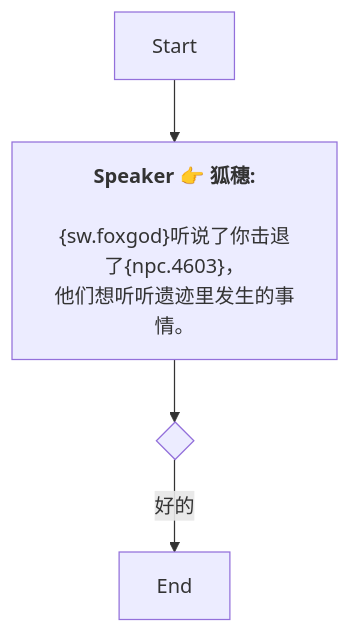
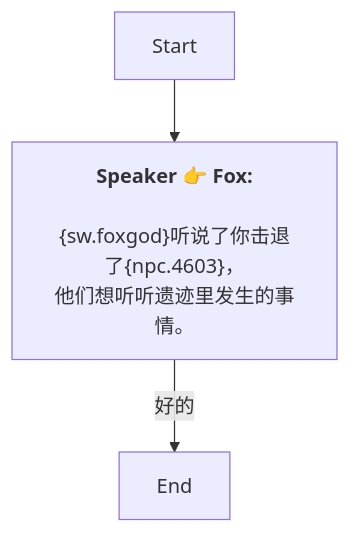
Before and after one commit to SoftHu/tos_avg: the diagram in Zh/QuestStartTalkENode_1761913551980846.md, drawn with Mermaid. The commit also changed 737 other files, not shown here.

````diff
--- a/Zh/QuestStartTalkENode_1761913551980846.md
+++ b/Zh/QuestStartTalkENode_1761913551980846.md
@@ -1,10 +1,8 @@
 ```mermaid
 graph
-Start -->1761913589297457[<b>Speaker 👉 狐穗:</b>
+Start -->1761913589297457[<b>Speaker 👉 Fox:</b>
+\n&lbrace;sw.foxgod&rbrace;听说了你击退了&lbrace;npc.4603&rbrace;，
+他们想听听遗迹里发生的事情。]
+1761913589297457 -->|好的|1761913677739318[End]
 
-&lbrace;sw.foxgod&rbrace;听说了你击退了&lbrace;npc.4603&rbrace;，
-他们想听听遗迹里发生的事情。]
-1761913589297457 -->1761913663591730{ }
-1761913663591730 -->|好的|1761913677739318[End]
-
- ```
+```
````
